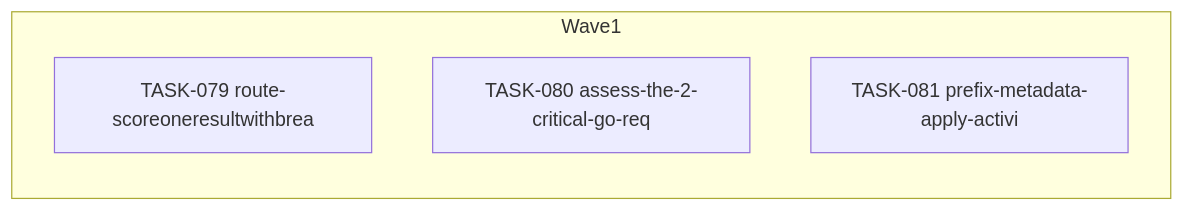
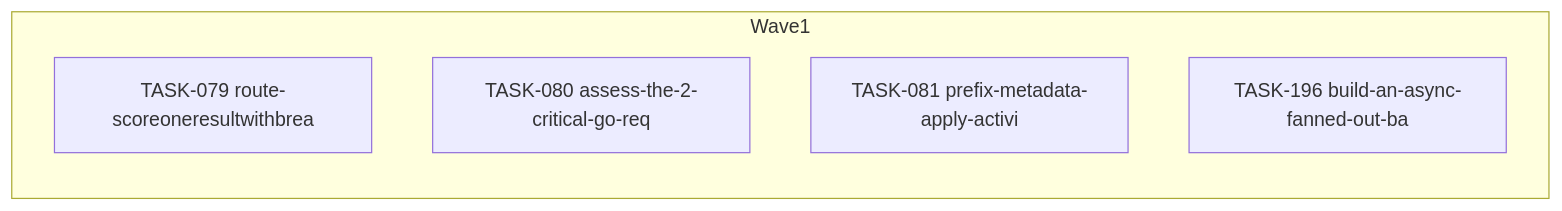
One commit to falkcorp/audiobook-organizer changed the diagram in docs/agent-tasks/todo-completion/metadata/orchestration.md. Above: the diagram before and after it, drawn with Mermaid. The commit also changed other lines of this file and 275 other files, not shown here.

````diff
--- a/docs/agent-tasks/todo-completion/metadata/orchestration.md
+++ b/docs/agent-tasks/todo-completion/metadata/orchestration.md
@@ -12,9 +12,10 @@
 ```mermaid
 flowchart LR
     subgraph Wave1
       TASK079[TASK-079 route-scoreoneresultwithbrea]
       TASK080[TASK-080 assess-the-2-critical-go-req]
       TASK081[TASK-081 prefix-metadata-apply-activi]
+      TASK196[TASK-196 build-an-async-fanned-out-ba]
     end
 
 ```
````
